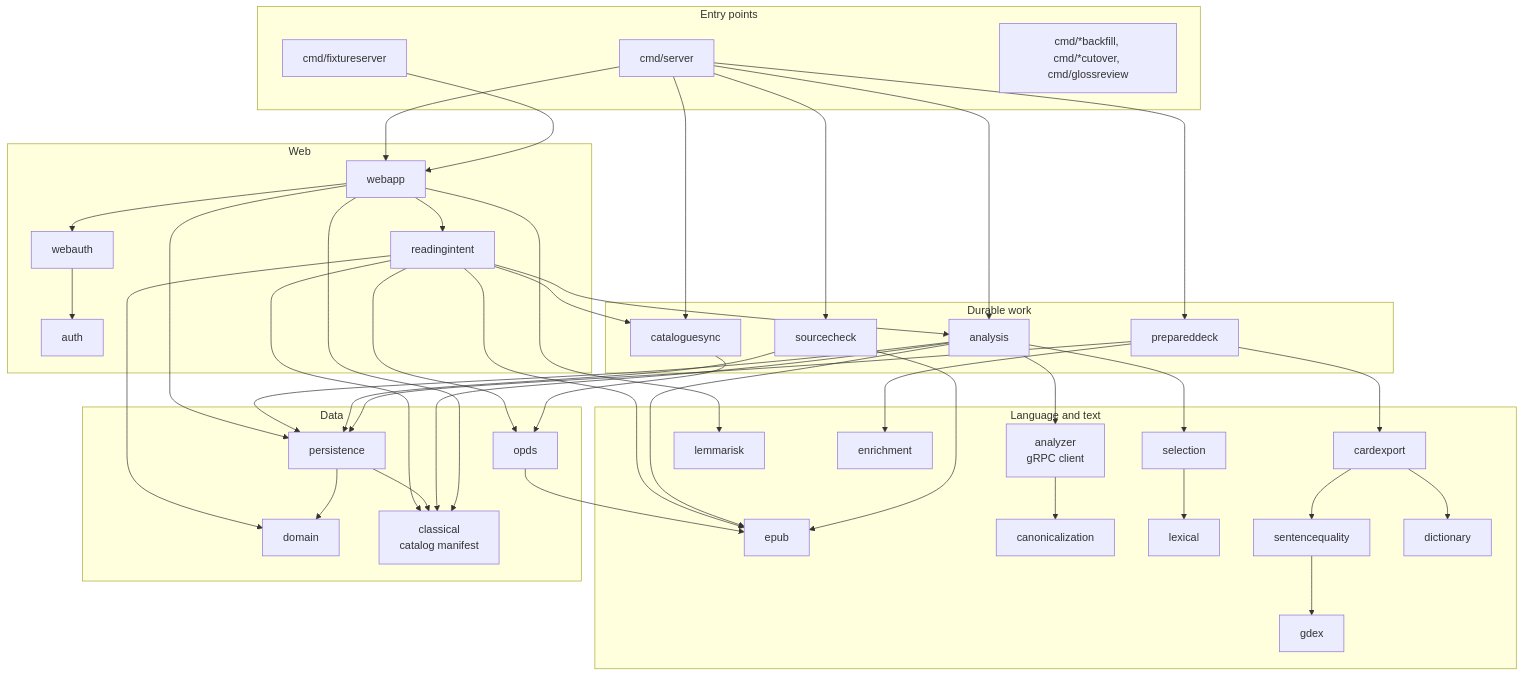
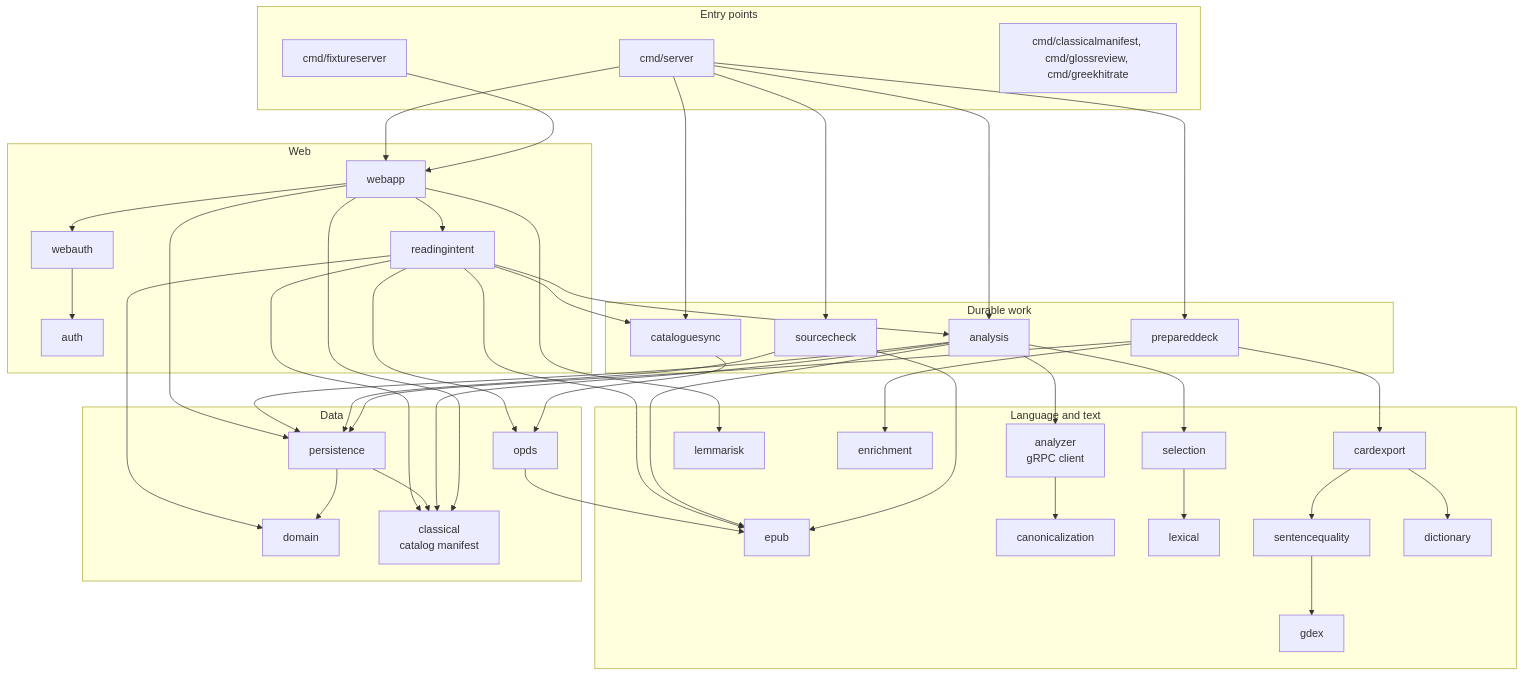
One commit to justin-hayes/mouseion changed the sixth of 6 diagrams in ARCHITECTURE.md. Above: the diagram before and after it, drawn with Mermaid. The commit also changed 23 other files, not shown here.

````diff
--- a/ARCHITECTURE.md
+++ b/ARCHITECTURE.md
@@ -286,58 +286,58 @@
 ```mermaid
 flowchart TB
     subgraph entry[Entry points]
         server[cmd/server]
         fixture[cmd/fixtureserver]
-        tools[cmd/*backfill, cmd/*cutover, cmd/glossreview]
+        tools[cmd/classicalmanifest, cmd/glossreview, cmd/greekhitrate]
     end
     subgraph web[Web]
         webapp[webapp]
         readingintent[readingintent]
         webauth[webauth]
         auth[auth]
     end
     subgraph jobs[Durable work]
         analysis[analysis]
         cataloguesync[cataloguesync]
         prepareddeck[prepareddeck]
         sourcecheck[sourcecheck]
     end
     subgraph lang[Language and text]
         epub[epub]
         analyzer[analyzer<br/>gRPC client]
         canonicalization[canonicalization]
         selection[selection]
         lexical[lexical]
         gdex[gdex]
         sentencequality[sentencequality]
         lemmarisk[lemmarisk]
         dictionary[dictionary]
         enrichment[enrichment]
         cardexport[cardexport]
     end
     subgraph data[Data]
         domain[domain]
         persistence[persistence]
         classical[classical<br/>catalog manifest]
         opds[opds]
     end
     server --> webapp & analysis & cataloguesync & prepareddeck & sourcecheck
     fixture --> webapp
     webapp --> webauth --> auth
     webapp --> persistence & lemmarisk
     webapp --> readingintent
     readingintent --> analysis & cataloguesync & classical & domain
     readingintent --> opds & epub
     analysis --> epub & analyzer & selection & persistence
     sourcecheck --> epub & persistence
     cataloguesync --> opds --> epub
     prepareddeck --> cardexport & enrichment & persistence
     cardexport --> sentencequality & dictionary
     sentencequality --> gdex
     selection --> lexical
     analyzer --> canonicalization
     persistence --> domain
     persistence --> classical
     analysis --> classical
     webapp --> classical
 ```
````
